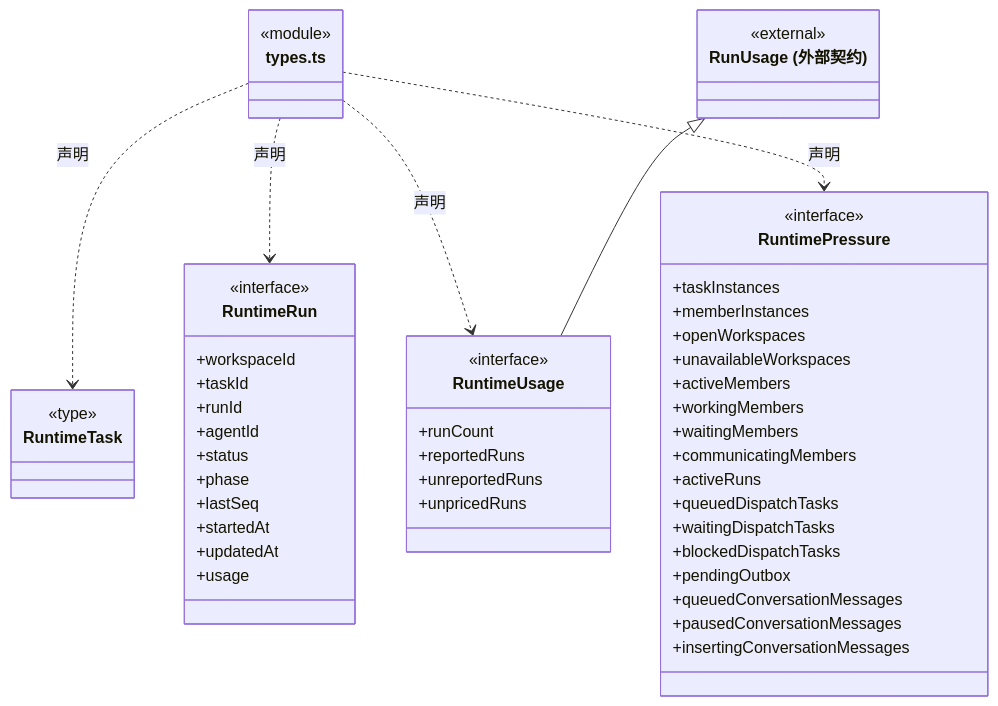
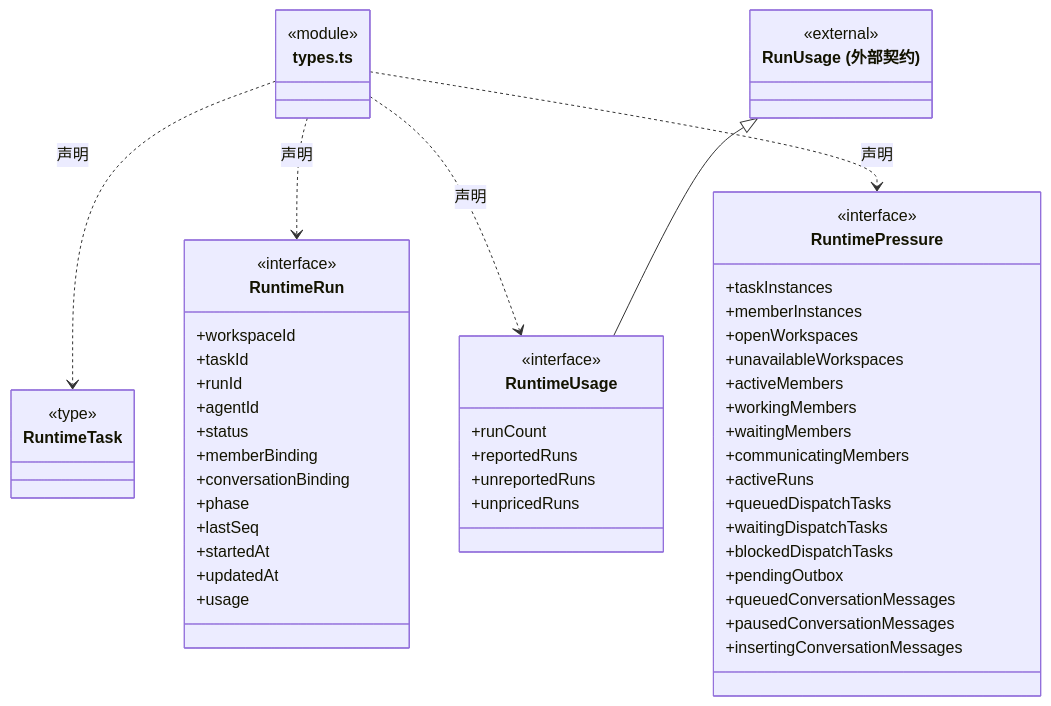
One commit to nan023062/cbim changed the fourth of 5 diagrams in src/backend/core/runtime/ARCHITECTURE.md. Above: the diagram before and after it, drawn with Mermaid. The commit also changed other lines of this file and 240 other files, not shown here.

````diff
--- a/src/backend/core/runtime/ARCHITECTURE.md
+++ b/src/backend/core/runtime/ARCHITECTURE.md
@@ -116,57 +136,59 @@
 ```mermaid
 classDiagram
 class N_src_backend_core_runtime_types_ts["types.ts"] {
   <<module>>
 }
 class N_src_backend_core_runtime_types_ts_RuntimeTask["RuntimeTask"] {
   <<type>>
 
 }
 N_src_backend_core_runtime_types_ts ..> N_src_backend_core_runtime_types_ts_RuntimeTask : 声明
 class N_src_backend_core_runtime_types_ts_RuntimeRun["RuntimeRun"] {
   <<interface>>
   +workspaceId
   +taskId
   +runId
   +agentId
   +status
+  +memberBinding
+  +conversationBinding
   +phase
   +lastSeq
   +startedAt
   +updatedAt
   +usage
 }
 N_src_backend_core_runtime_types_ts ..> N_src_backend_core_runtime_types_ts_RuntimeRun : 声明
 class N_src_backend_core_runtime_types_ts_RuntimeUsage["RuntimeUsage"] {
   <<interface>>
   +runCount
   +reportedRuns
   +unreportedRuns
   +unpricedRuns
 }
 N_src_backend_core_runtime_types_ts ..> N_src_backend_core_runtime_types_ts_RuntimeUsage : 声明
 class N_src_backend_core_runtime_types_ts_external_RunUsage["RunUsage (外部契约)"] {
   <<external>>
 }
 N_src_backend_core_runtime_types_ts_external_RunUsage <|-- N_src_backend_core_runtime_types_ts_RuntimeUsage
 class N_src_backend_core_runtime_types_ts_RuntimePressure["RuntimePressure"] {
   <<interface>>
   +taskInstances
   +memberInstances
   +openWorkspaces
   +unavailableWorkspaces
   +activeMembers
   +workingMembers
   +waitingMembers
   +communicatingMembers
   +activeRuns
   +queuedDispatchTasks
   +waitingDispatchTasks
   +blockedDispatchTasks
   +pendingOutbox
   +queuedConversationMessages
   +pausedConversationMessages
   +insertingConversationMessages
 }
 N_src_backend_core_runtime_types_ts ..> N_src_backend_core_runtime_types_ts_RuntimePressure : 声明
 ```
````
